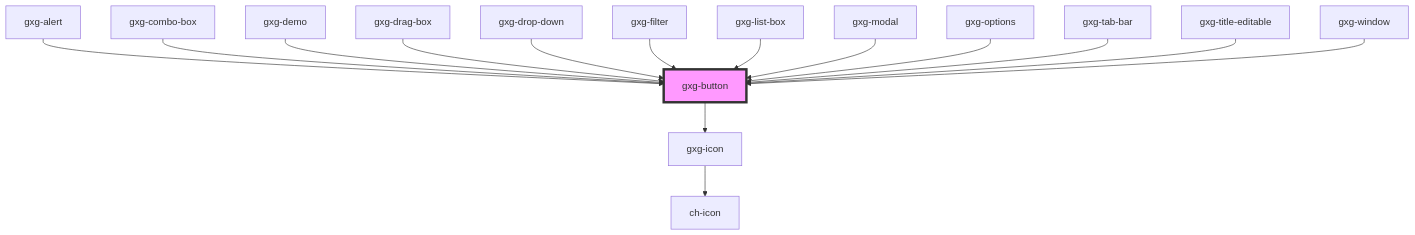
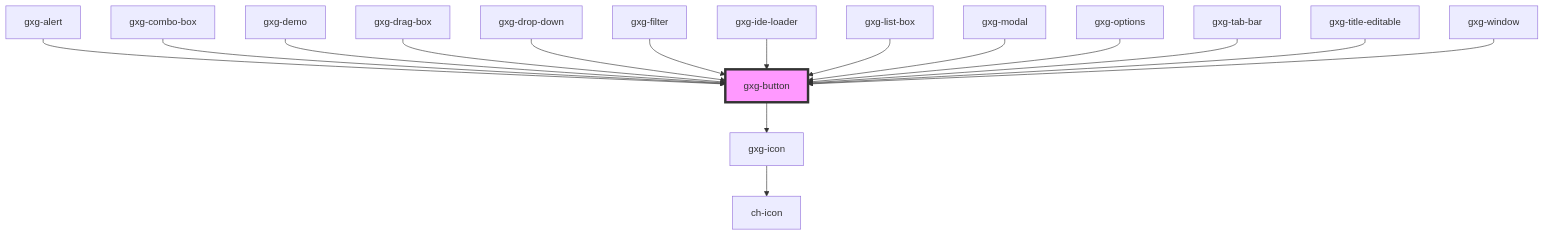
The diagram in src/components/button/readme.md (genexuslabs/gemini), drawn with Mermaid before and after one commit. The commit also changed other lines of this file and 7 other files, not shown here.

````diff
--- a/src/components/button/readme.md
+++ b/src/components/button/readme.md
@@ -70,18 +71,19 @@
 ```mermaid
 graph TD;
   gxg-button --> gxg-icon
   gxg-icon --> ch-icon
   gxg-alert --> gxg-button
   gxg-combo-box --> gxg-button
   gxg-demo --> gxg-button
   gxg-drag-box --> gxg-button
   gxg-drop-down --> gxg-button
   gxg-filter --> gxg-button
+  gxg-ide-loader --> gxg-button
   gxg-list-box --> gxg-button
   gxg-modal --> gxg-button
   gxg-options --> gxg-button
   gxg-tab-bar --> gxg-button
   gxg-title-editable --> gxg-button
   gxg-window --> gxg-button
   style gxg-button fill:#f9f,stroke:#333,stroke-width:4px
 ```
````
